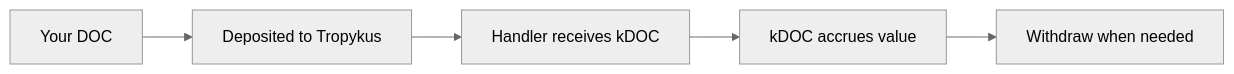
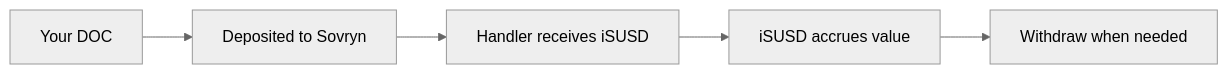
Before and after one commit to BitChillRSK/docs: the diagram in docs/user-guide/earning-yield.md, drawn with Mermaid (neutral theme). The commit also changed other lines of this file and 12 other files, not shown here.

````diff
--- a/docs/user-guide/earning-yield.md
+++ b/docs/user-guide/earning-yield.md
@@ -19,7 +19,7 @@
 ```mermaid
 flowchart LR
-    A[Your DOC] --> B[Deposited to Tropykus]
-    B --> C["Handler receives kDOC"]
-    C --> D[kDOC accrues value]
+    A[Your DOC] --> B[Deposited to Sovryn]
+    B --> C["Handler receives iSUSD"]
+    C --> D[iSUSD accrues value]
     D --> E[Withdraw when needed]
 ```
````
